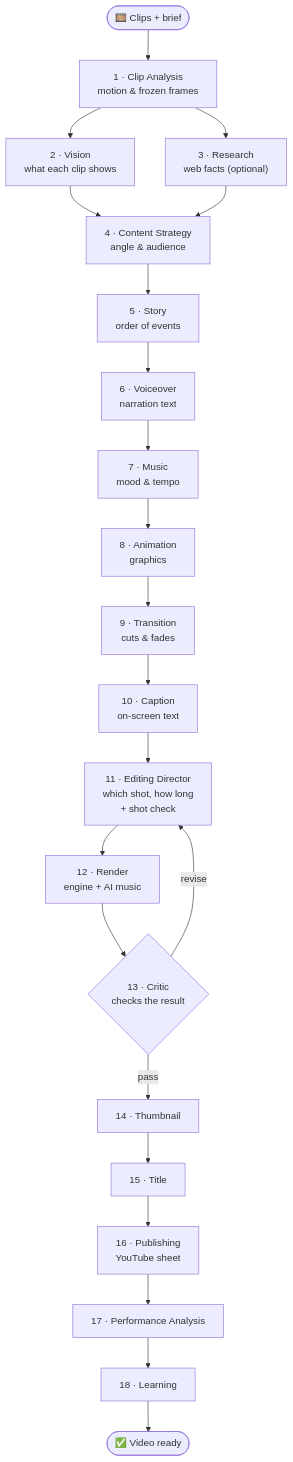
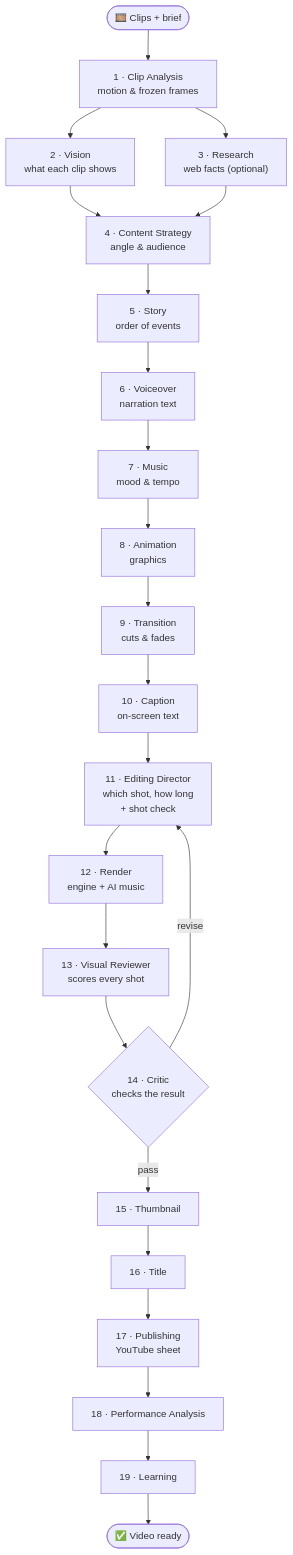
Before and after one commit to akanshalakhina/Alpha_Titans_AI: the third of 6 diagrams in README.md, drawn with Mermaid. The commit also changed other lines of this file and 16 other files, not shown here.

````diff
--- a/README.md
+++ b/README.md
@@ -163,24 +163,25 @@
 ```mermaid
 flowchart TD
     START(["🎞️ Clips + brief"]) --> CA["1 · Clip Analysis<br/>motion & frozen frames"]
     CA --> V["2 · Vision<br/>what each clip shows"]
     CA --> R["3 · Research<br/>web facts (optional)"]
     V --> CS["4 · Content Strategy<br/>angle & audience"]
     R --> CS
     CS --> ST["5 · Story<br/>order of events"]
     ST --> VO["6 · Voiceover<br/>narration text"]
     VO --> MU["7 · Music<br/>mood & tempo"]
     MU --> AN["8 · Animation<br/>graphics"]
     AN --> TR["9 · Transition<br/>cuts & fades"]
     TR --> CP["10 · Caption<br/>on-screen text"]
     CP --> ED["11 · Editing Director<br/>which shot, how long<br/>+ shot check"]
     ED --> RE["12 · Render<br/>engine + AI music"]
-    RE --> CR{"13 · Critic<br/>checks the result"}
+    RE --> VR["13 · Visual Reviewer<br/>scores every shot"]
+    VR --> CR{"14 · Critic<br/>checks the result"}
     CR -- "revise" --> ED
-    CR -- "pass" --> TH["14 · Thumbnail"]
-    TH --> TI["15 · Title"]
-    TI --> PU["16 · Publishing<br/>YouTube sheet"]
-    PU --> PA["17 · Performance Analysis"]
-    PA --> LE["18 · Learning"]
+    CR -- "pass" --> TH["15 · Thumbnail"]
+    TH --> TI["16 · Title"]
+    TI --> PU["17 · Publishing<br/>YouTube sheet"]
+    PU --> PA["18 · Performance Analysis"]
+    PA --> LE["19 · Learning"]
     LE --> DONE(["✅ Video ready"])
 ```
````
